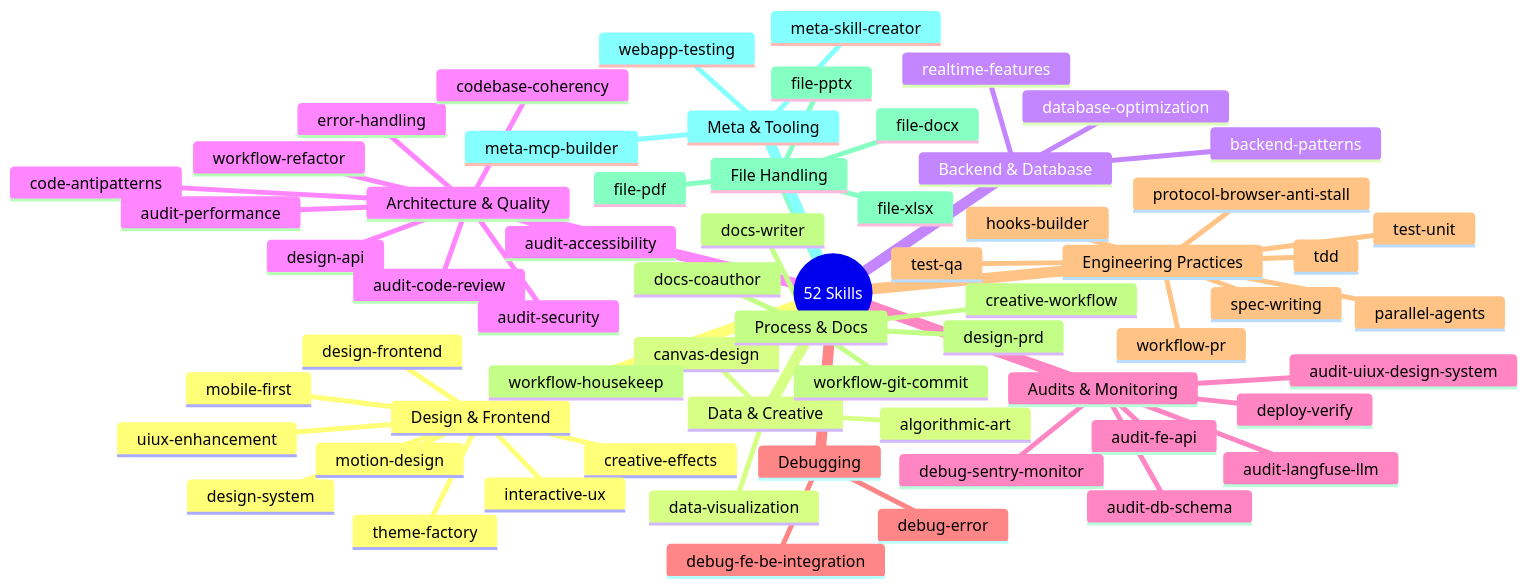
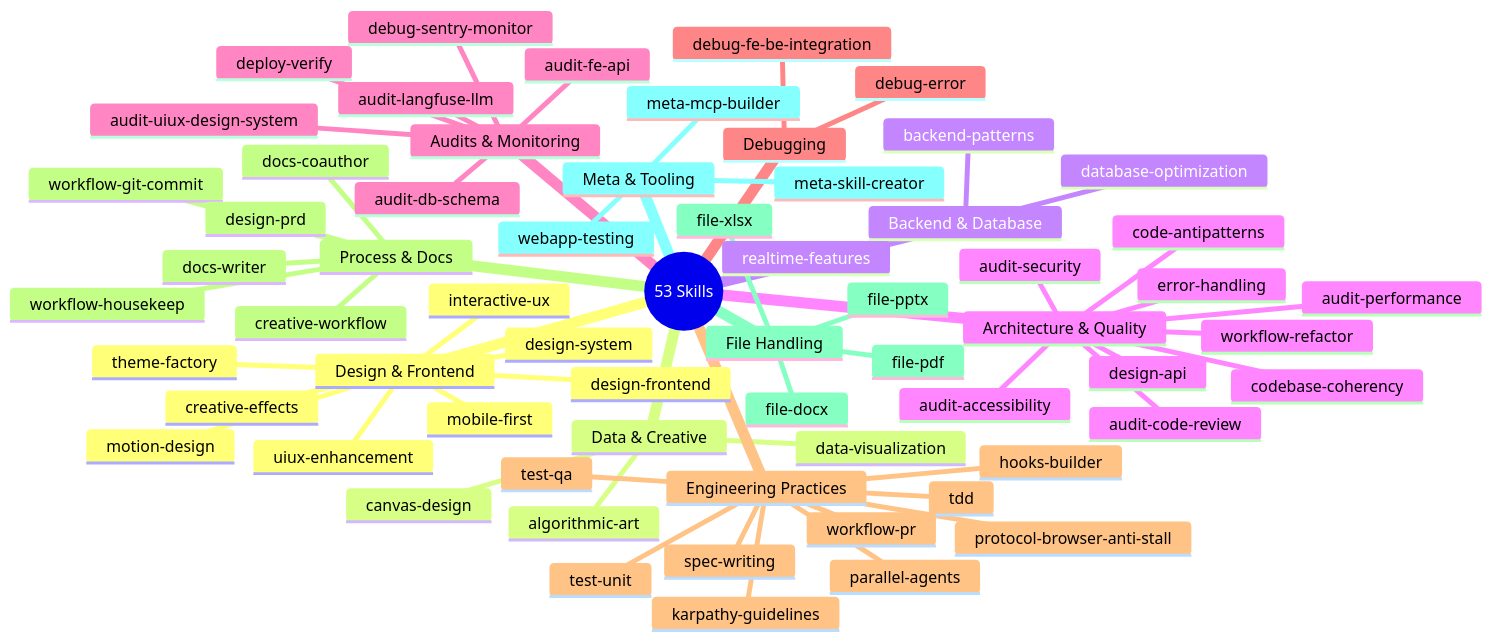
The fourth of 9 diagrams in README.md (kensaurus/cursor-kenji), drawn with Mermaid before and after one commit. The commit also changed other lines of this file and 1 other file, not shown here.

First line of the commit message:
feat(skills): add karpathy-guidelines behavioral guardrails

````diff
--- a/README.md
+++ b/README.md
@@ -313,66 +313,67 @@
 ```mermaid
 mindmap
-  root((52 Skills))
+  root((53 Skills))
     Design & Frontend
       design-frontend
       design-system
       motion-design
       creative-effects
       uiux-enhancement
       interactive-ux
       mobile-first
       theme-factory
     Data & Creative
       data-visualization
       algorithmic-art
       canvas-design
     Backend & Database
       backend-patterns
       database-optimization
       realtime-features
     Architecture & Quality
       design-api
       error-handling
       code-antipatterns
       audit-code-review
       codebase-coherency
       workflow-refactor
       audit-performance
       audit-security
       audit-accessibility
     Audits & Monitoring
       audit-db-schema
       audit-fe-api
       audit-langfuse-llm
       audit-uiux-design-system
       debug-sentry-monitor
       deploy-verify
     Debugging
       debug-error
       debug-fe-be-integration
     Engineering Practices
       tdd
       spec-writing
       parallel-agents
       hooks-builder
+      karpathy-guidelines
       test-unit
       test-qa
       workflow-pr
       protocol-browser-anti-stall
     Process & Docs
       workflow-git-commit
       docs-coauthor
       docs-writer
       design-prd
       creative-workflow
       workflow-housekeep
     File Handling
       file-docx
       file-pdf
       file-pptx
       file-xlsx
     Meta & Tooling
       meta-skill-creator
       meta-mcp-builder
       webapp-testing
 ```
````
